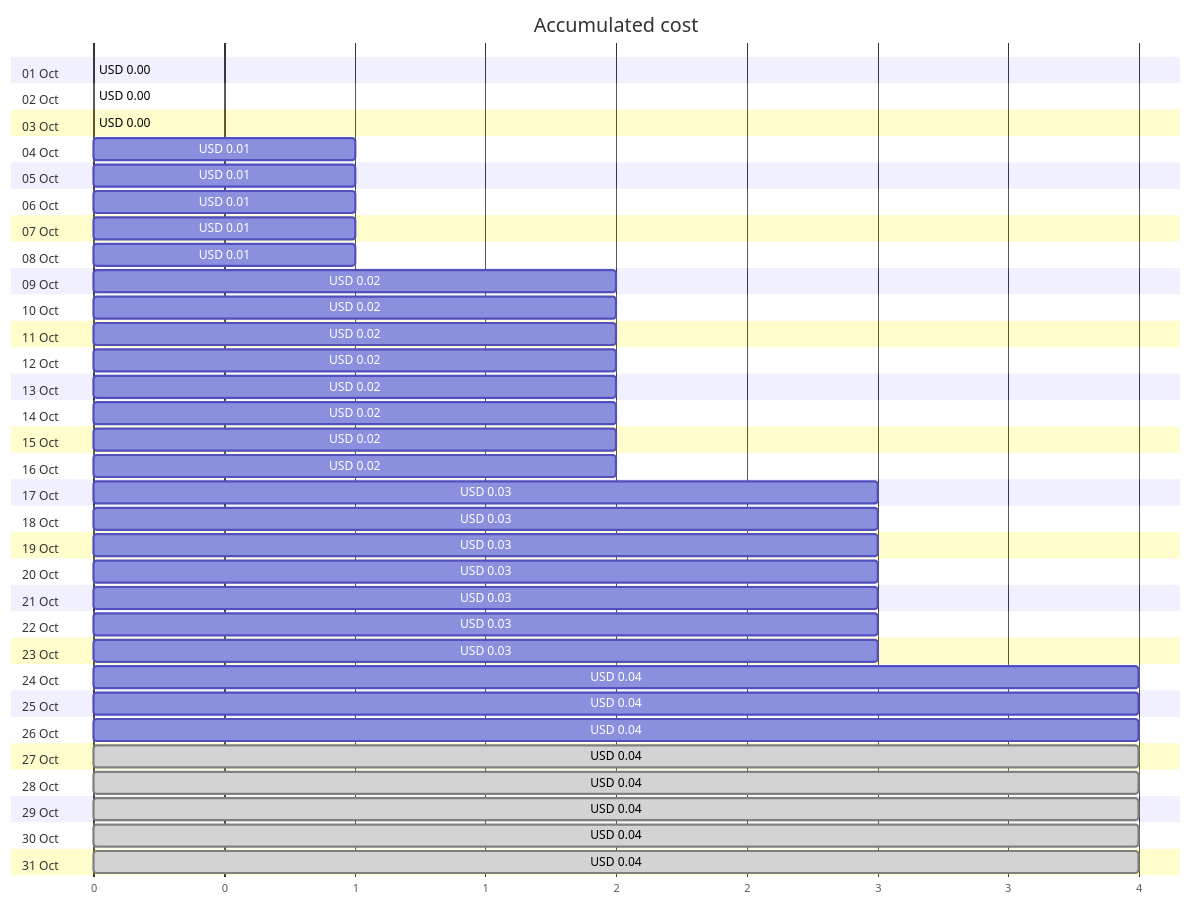
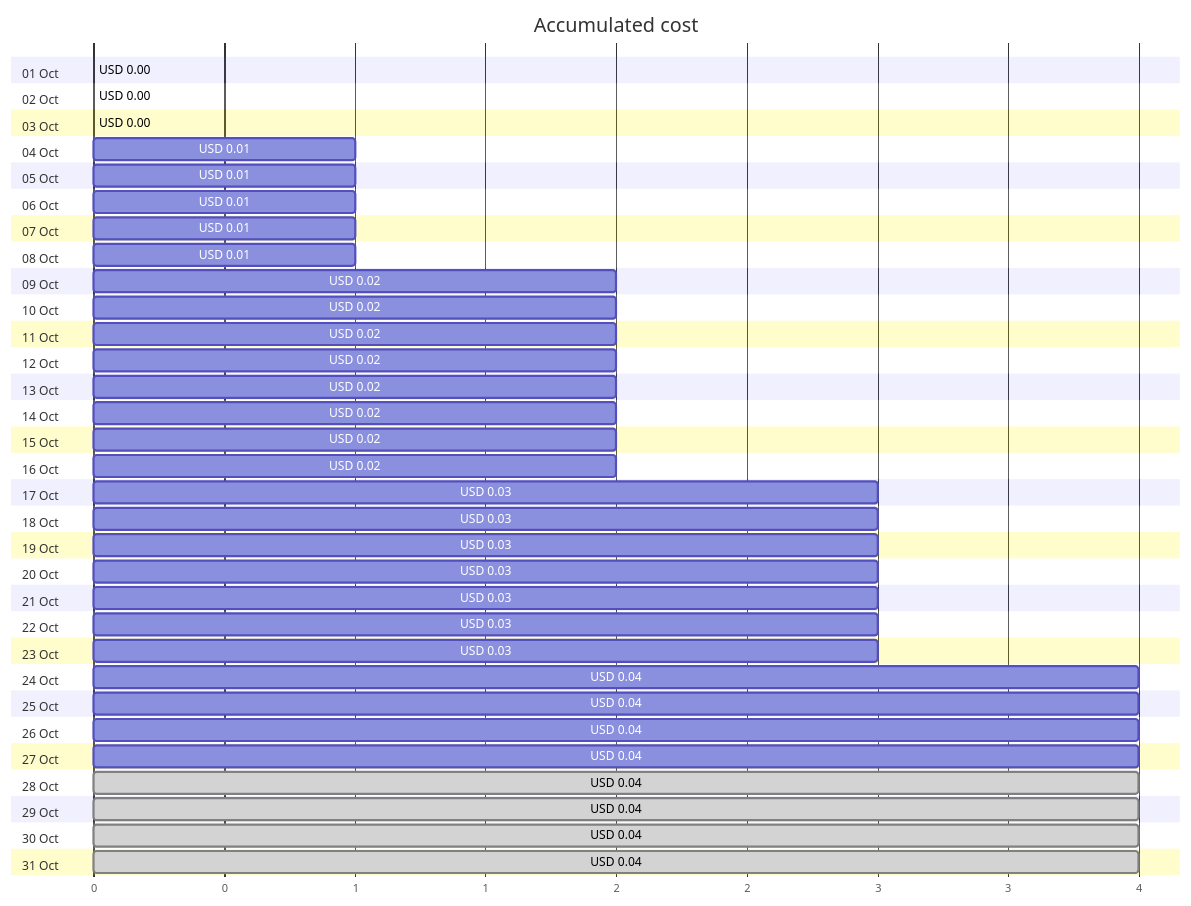
Before and after one commit to jpfulton/azure-personal-reports: the first of 4 diagrams in cost-reports/personal-site/personalsiteapistorage.md, drawn with Mermaid. The commit also changed other lines of this file and 7 other files, not shown here.

````diff
--- a/cost-reports/personal-site/personalsiteapistorage.md
+++ b/cost-reports/personal-site/personalsiteapistorage.md
@@ -20,68 +20,68 @@
 ```mermaid
 gantt
    title Accumulated cost
    dateFormat  X
    axisFormat %s
    section 01 Oct
    USD 0.00 :0, 0
    section 02 Oct
    USD 0.00 :0, 0
    section 03 Oct
    USD 0.00 :0, 0
    section 04 Oct
    USD 0.01 :0, 1
    section 05 Oct
    USD 0.01 :0, 1
    section 06 Oct
    USD 0.01 :0, 1
    section 07 Oct
    USD 0.01 :0, 1
    section 08 Oct
    USD 0.01 :0, 1
    section 09 Oct
    USD 0.02 :0, 2
    section 10 Oct
    USD 0.02 :0, 2
    section 11 Oct
    USD 0.02 :0, 2
    section 12 Oct
    USD 0.02 :0, 2
    section 13 Oct
    USD 0.02 :0, 2
    section 14 Oct
    USD 0.02 :0, 2
    section 15 Oct
    USD 0.02 :0, 2
    section 16 Oct
    USD 0.02 :0, 2
    section 17 Oct
    USD 0.03 :0, 3
    section 18 Oct
    USD 0.03 :0, 3
    section 19 Oct
    USD 0.03 :0, 3
    section 20 Oct
    USD 0.03 :0, 3
    section 21 Oct
    USD 0.03 :0, 3
    section 22 Oct
    USD 0.03 :0, 3
    section 23 Oct
    USD 0.03 :0, 3
    section 24 Oct
    USD 0.04 :0, 4
    section 25 Oct
    USD 0.04 :0, 4
    section 26 Oct
    USD 0.04 :0, 4
    section 27 Oct
-   USD 0.04 : done, 0, 4
+   USD 0.04 :0, 4
    section 28 Oct
    USD 0.04 : done, 0, 4
    section 29 Oct
    USD 0.04 : done, 0, 4
    section 30 Oct
    USD 0.04 : done, 0, 4
    section 31 Oct
    USD 0.04 : done, 0, 4
 ```
````
